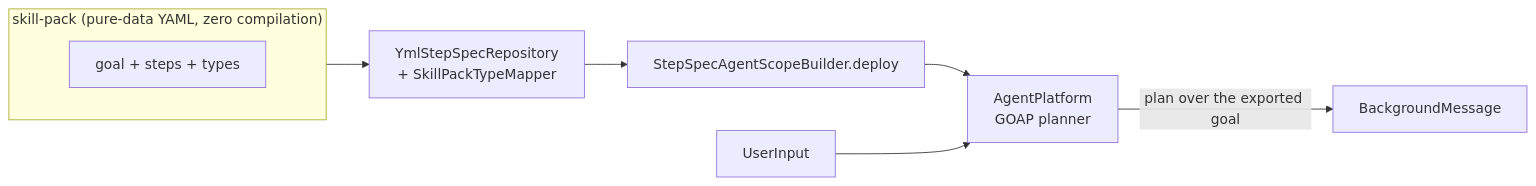
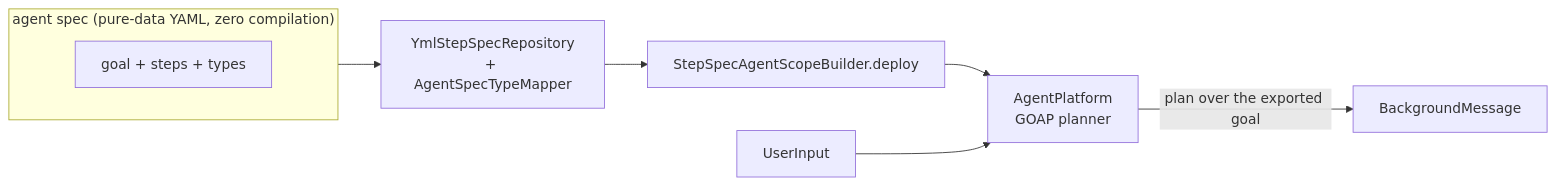
One commit to iromu/embabel-smith changed the diagram in poc/poc-1-no-code-runtime/README.md. Above: the diagram before and after it, drawn with Mermaid. The commit also changed other lines of this file and 650 other files, not shown here.

First line of the commit message:
Rename the skill-pack vocabulary to agent spec to match what the unit actually is

````diff
--- a/poc/poc-1-no-code-runtime/README.md
+++ b/poc/poc-1-no-code-runtime/README.md
@@ -17,14 +17,14 @@
 ```mermaid
 flowchart LR
-    subgraph pack["skill-pack (pure-data YAML, zero compilation)"]
+    subgraph pack["agent spec (pure-data YAML, zero compilation)"]
         G["goal + steps + types"]
     end
-    YSR["YmlStepSpecRepository<br/>+ SkillPackTypeMapper"]
+    YSR["YmlStepSpecRepository<br/>+ AgentSpecTypeMapper"]
     DEPLOY["StepSpecAgentScopeBuilder.deploy"]
     PLAT["AgentPlatform<br/>GOAP planner"]
     IN["UserInput"]
     OUT["BackgroundMessage"]
     pack --> YSR --> DEPLOY --> PLAT
     IN --> PLAT
     PLAT -->|"plan over the exported goal"| OUT
 ```
````
